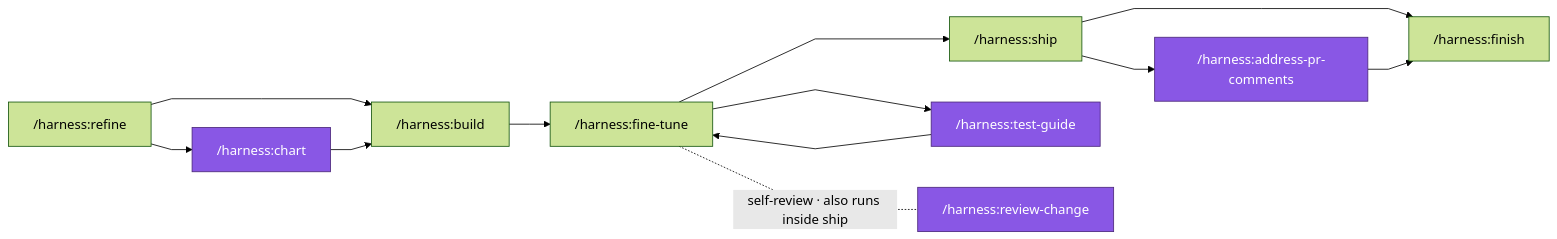
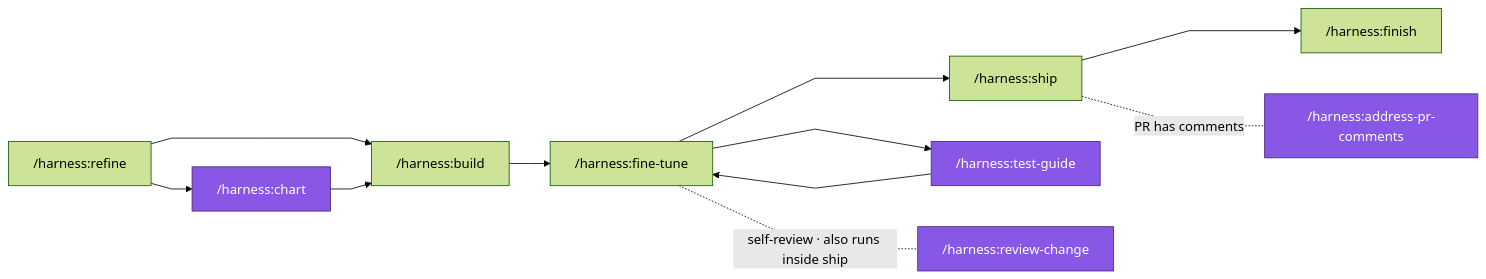
Before and after one commit to acatl/harness: the second of 3 diagrams in docs/getting-started.md, drawn with Mermaid (forest theme). The commit also changed other lines of this file and 1 other file, not shown here.

````diff
--- a/docs/getting-started.md
+++ b/docs/getting-started.md
@@ -69,12 +69,12 @@
 ```mermaid
 %%{init: {'flowchart': {'curve': 'linear'}}}%%
 flowchart LR
   R["/harness:refine"] --> B["/harness:build"] --> FT["/harness:fine-tune"] --> S["/harness:ship"] --> F["/harness:finish"]
 
   R --> CH["/harness:chart"]:::help --> B
   FT --> TG["/harness:test-guide"]:::help --> FT
-  S --> APC["/harness:address-pr-comments"]:::help --> F
+  S -. "PR has comments" .- APC["/harness:address-pr-comments"]:::help
   FT -. "self-review · also runs inside ship" .- RV["/harness:review-change"]:::help
 
   classDef help fill:#8957e5,stroke:#4b277a,color:#fff
 ```
````
